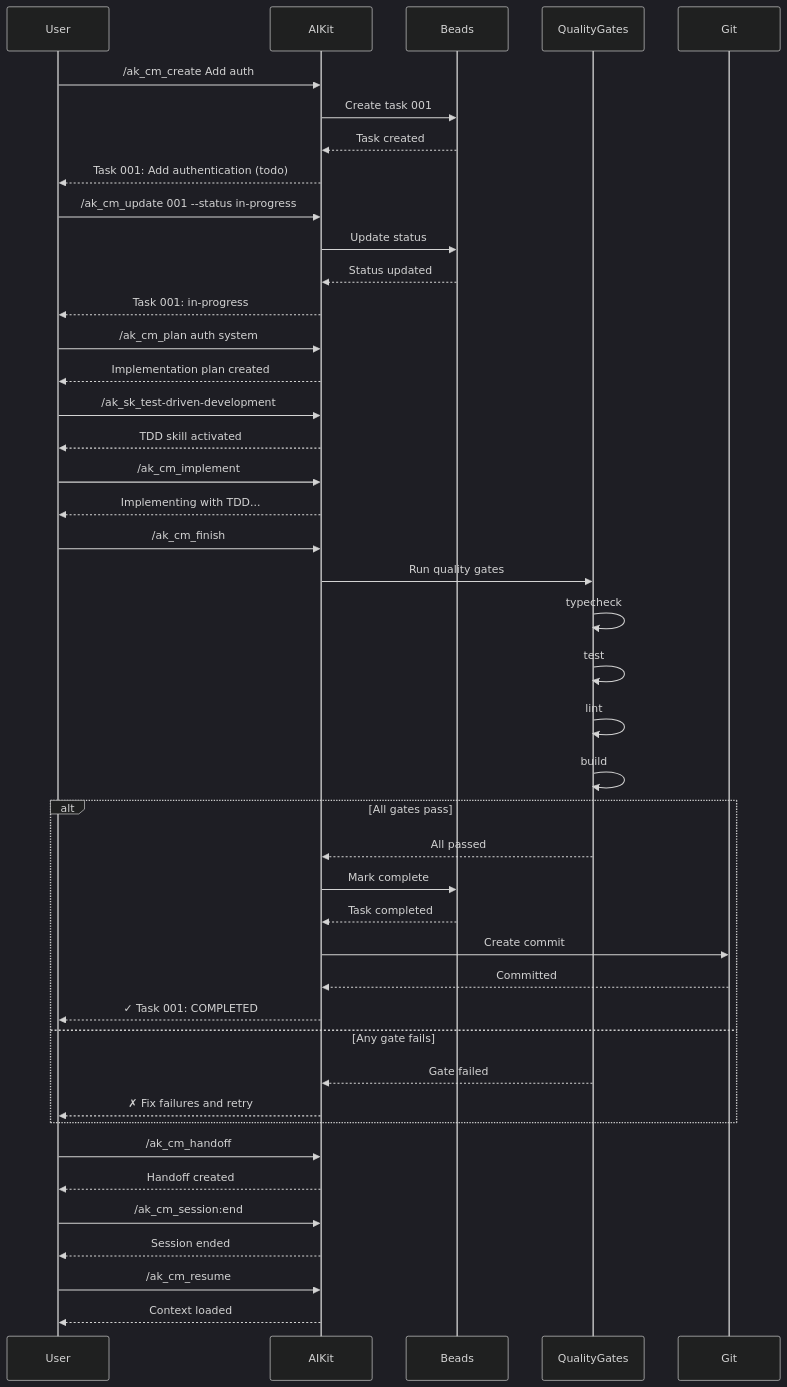
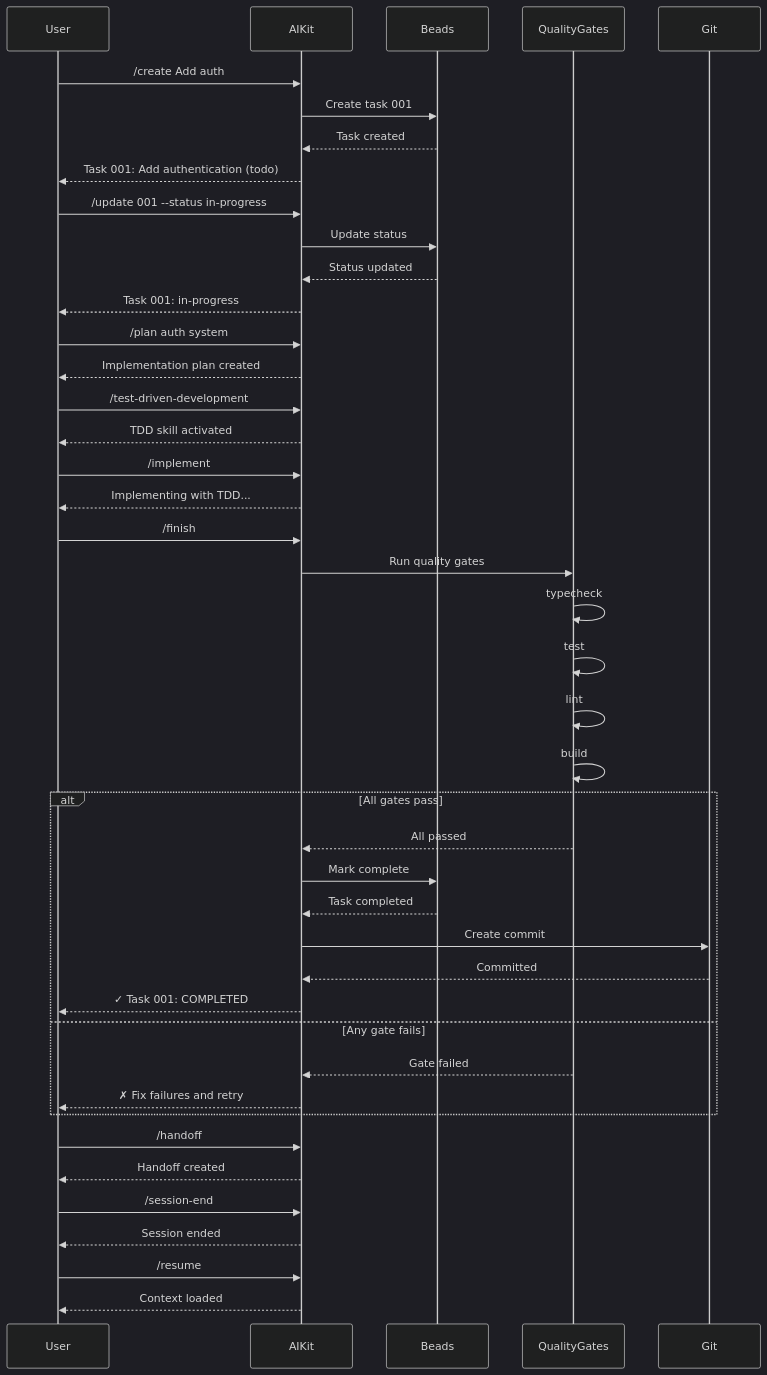
One commit to tdsoft-technology/aikit-fe-document changed the second of 2 diagrams in aikit/docs/beads/workflow.md. Above: the diagram before and after it, drawn with Mermaid (dark theme). The commit also changed other lines of this file and 50 other files, not shown here.

````diff
--- a/aikit/docs/beads/workflow.md
+++ b/aikit/docs/beads/workflow.md
@@ -575,56 +575,56 @@
 ```mermaid
 sequenceDiagram
     participant User
     participant AIKit
     participant Beads
     participant QualityGates
     participant Git
 
-    User->>AIKit: /ak_cm_create Add auth
+    User->>AIKit: /create Add auth
     AIKit->>Beads: Create task 001
     Beads-->>AIKit: Task created
     AIKit-->>User: Task 001: Add authentication (todo)
 
-    User->>AIKit: /ak_cm_update 001 --status in-progress
+    User->>AIKit: /update 001 --status in-progress
     AIKit->>Beads: Update status
     Beads-->>AIKit: Status updated
     AIKit-->>User: Task 001: in-progress
 
-    User->>AIKit: /ak_cm_plan auth system
+    User->>AIKit: /plan auth system
     AIKit-->>User: Implementation plan created
 
-    User->>AIKit: /ak_sk_test-driven-development
+    User->>AIKit: /test-driven-development
     AIKit-->>User: TDD skill activated
 
-    User->>AIKit: /ak_cm_implement
+    User->>AIKit: /implement
     AIKit-->>User: Implementing with TDD...
 
-    User->>AIKit: /ak_cm_finish
+    User->>AIKit: /finish
     AIKit->>QualityGates: Run quality gates
     QualityGates->>QualityGates: typecheck
     QualityGates->>QualityGates: test
     QualityGates->>QualityGates: lint
     QualityGates->>QualityGates: build
 
     alt All gates pass
         QualityGates-->>AIKit: All passed
         AIKit->>Beads: Mark complete
         Beads-->>AIKit: Task completed
         AIKit->>Git: Create commit
         Git-->>AIKit: Committed
         AIKit-->>User: ✓ Task 001: COMPLETED
 
     else Any gate fails
         QualityGates-->>AIKit: Gate failed
         AIKit-->>User: ✗ Fix failures and retry
     end
 
-    User->>AIKit: /ak_cm_handoff
+    User->>AIKit: /handoff
     AIKit-->>User: Handoff created
 
-    User->>AIKit: /ak_cm_session:end
+    User->>AIKit: /session-end
     AIKit-->>User: Session ended
 
-    User->>AIKit: /ak_cm_resume
+    User->>AIKit: /resume
     AIKit-->>User: Context loaded
 ```
````
